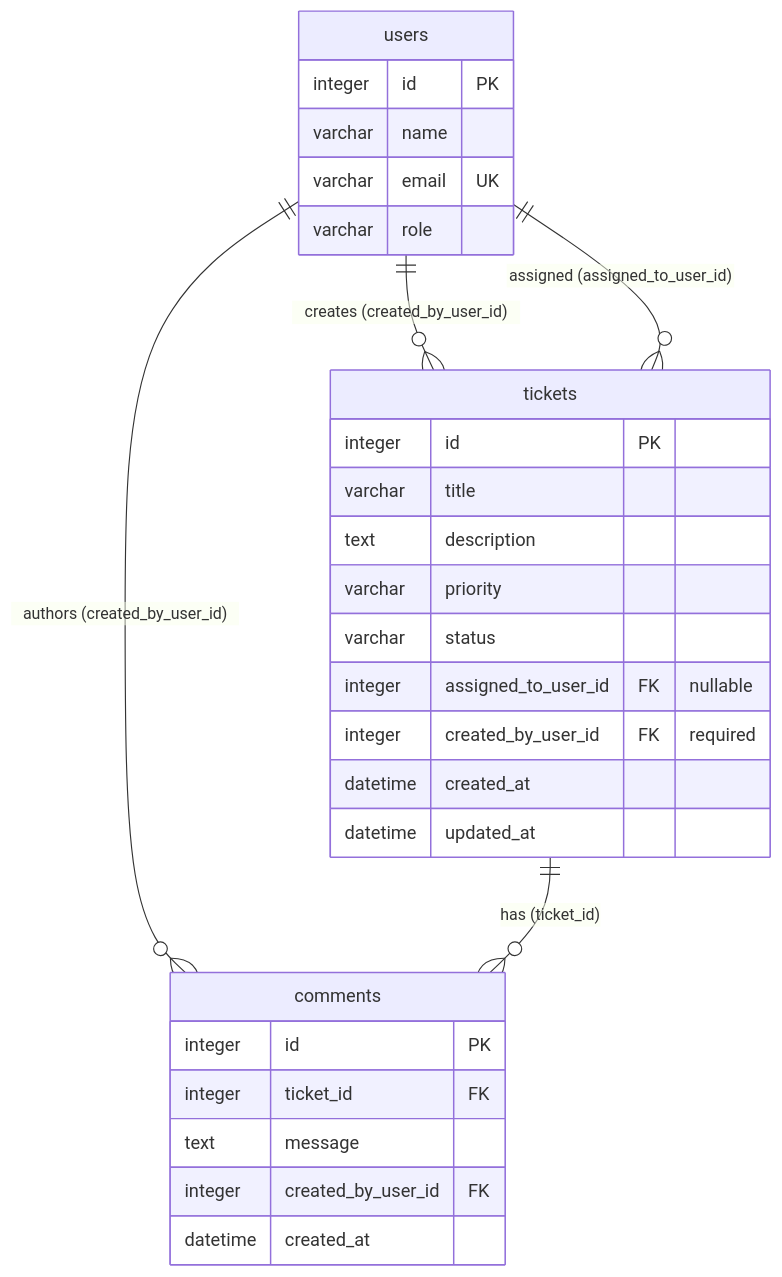
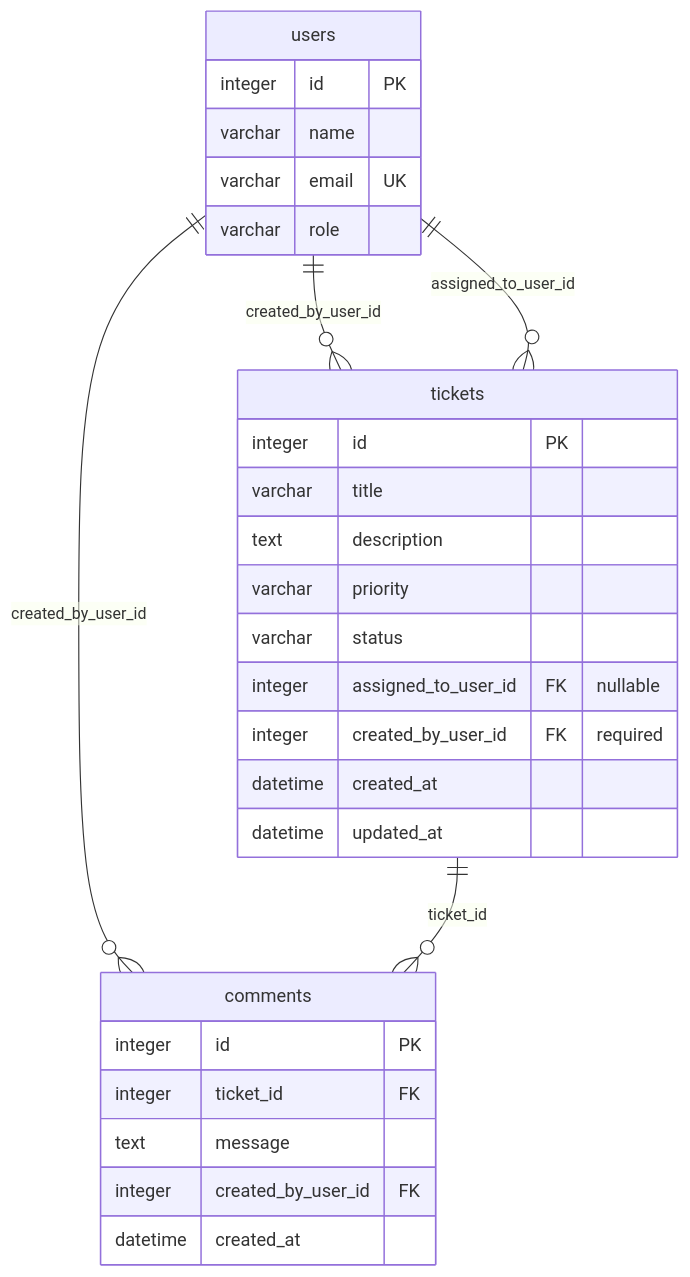
The diagram in data-model.md (PrinceYadavOffice/ticket-management), drawn with Mermaid before and after one commit. The commit also changed other lines of this file and 41 other files, not shown here.

````diff
--- a/data-model.md
+++ b/data-model.md
@@ -17,34 +17,34 @@
 ```mermaid
 erDiagram
-    users ||--o{ tickets : "creates (created_by_user_id)"
-    users ||--o{ tickets : "assigned (assigned_to_user_id)"
-    users ||--o{ comments : "authors (created_by_user_id)"
-    tickets ||--o{ comments : "has (ticket_id)"
+    users ||--o{ tickets : "created_by_user_id"
+    users ||--o{ tickets : "assigned_to_user_id"
+    users ||--o{ comments : "created_by_user_id"
+    tickets ||--o{ comments : "ticket_id"
 
     users {
         integer id PK
         varchar name
         varchar email UK
         varchar role
     }
 
     tickets {
         integer id PK
         varchar title
         text description
         varchar priority
         varchar status
         integer assigned_to_user_id FK "nullable"
         integer created_by_user_id FK "required"
         datetime created_at
         datetime updated_at
     }
 
     comments {
         integer id PK
         integer ticket_id FK
         text message
         integer created_by_user_id FK
         datetime created_at
     }
 ```
````
